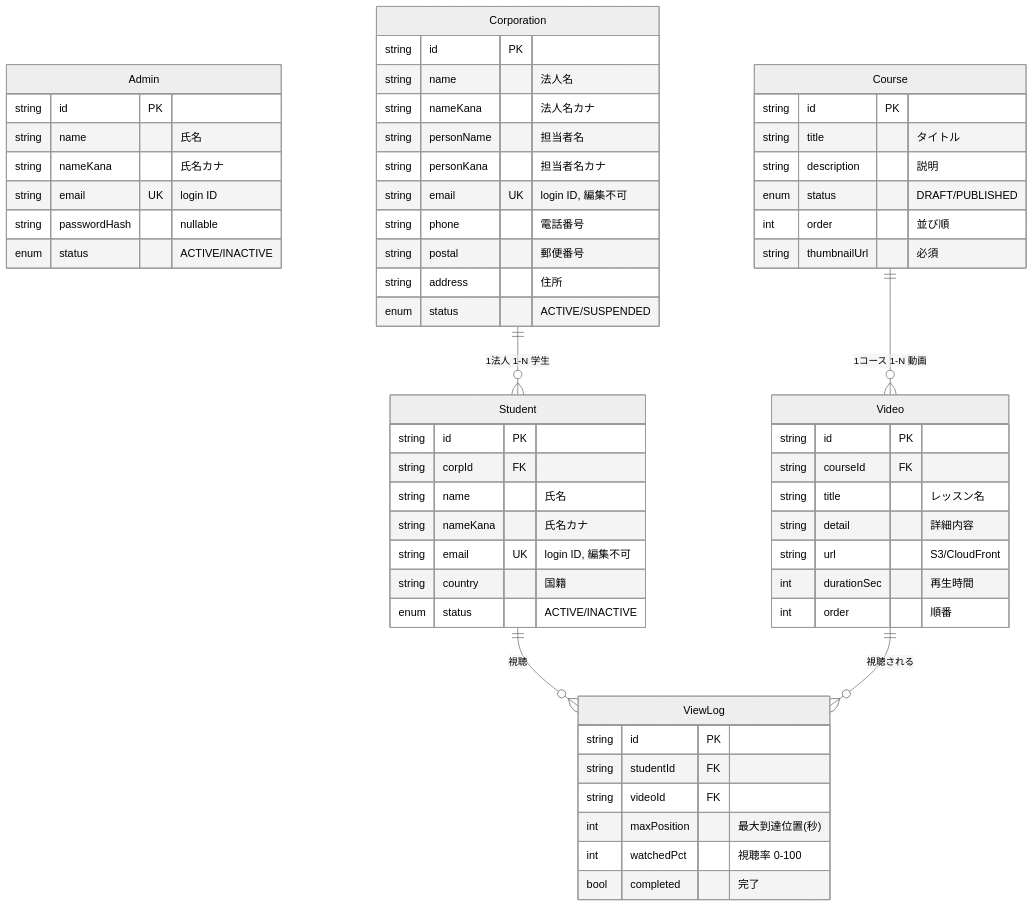
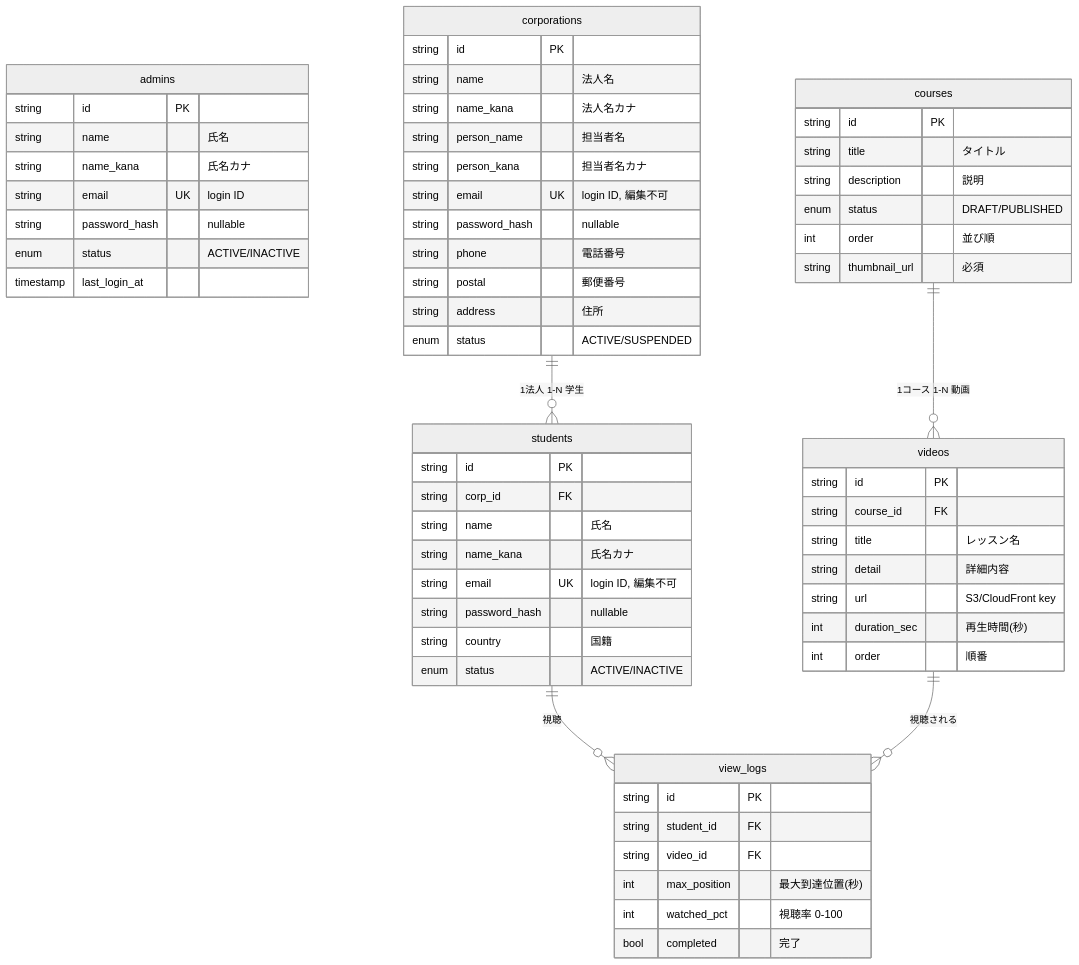
One commit to Hanq97/ascare_lms changed the diagram in docs/DATA_MODEL.md. Above: the diagram before and after it, drawn with Mermaid (neutral theme). The commit also changed other lines of this file, not shown here.

Commit message:
docs: update ER diagram to snake_case columns (match DB convention)

````diff
--- a/docs/DATA_MODEL.md
+++ b/docs/DATA_MODEL.md
@@ -9,62 +9,65 @@
 ```mermaid
 erDiagram
-    Admin {
+    admins {
         string id PK
         string name "氏名"
-        string nameKana "氏名カナ"
+        string name_kana "氏名カナ"
         string email UK "login ID"
-        string passwordHash "nullable"
+        string password_hash "nullable"
         enum   status "ACTIVE/INACTIVE"
+        timestamp last_login_at
     }
-    Corporation {
+    corporations {
         string id PK
         string name "法人名"
-        string nameKana "法人名カナ"
-        string personName "担当者名"
-        string personKana "担当者名カナ"
+        string name_kana "法人名カナ"
+        string person_name "担当者名"
+        string person_kana "担当者名カナ"
         string email UK "login ID, 編集不可"
+        string password_hash "nullable"
         string phone "電話番号"
         string postal "郵便番号"
         string address "住所"
         enum   status "ACTIVE/SUSPENDED"
     }
-    Student {
+    students {
         string id PK
-        string corpId FK
+        string corp_id FK
         string name "氏名"
-        string nameKana "氏名カナ"
+        string name_kana "氏名カナ"
         string email UK "login ID, 編集不可"
+        string password_hash "nullable"
         string country "国籍"
         enum   status "ACTIVE/INACTIVE"
     }
-    Course {
+    courses {
         string id PK
         string title "タイトル"
         string description "説明"
         enum   status "DRAFT/PUBLISHED"
         int    order "並び順"
-        string thumbnailUrl "必須"
+        string thumbnail_url "必須"
     }
-    Video {
+    videos {
         string id PK
-        string courseId FK
+        string course_id FK
         string title "レッスン名"
         string detail "詳細内容"
-        string url "S3/CloudFront"
-        int    durationSec "再生時間"
+        string url "S3/CloudFront key"
+        int    duration_sec "再生時間(秒)"
         int    order "順番"
     }
-    ViewLog {
+    view_logs {
         string id PK
-        string studentId FK
-        string videoId FK
-        int    maxPosition "最大到達位置(秒)"
-        int    watchedPct "視聴率 0-100"
+        string student_id FK
+        string video_id FK
+        int    max_position "最大到達位置(秒)"
+        int    watched_pct "視聴率 0-100"
         bool   completed "完了"
     }
 
-    Corporation ||--o{ Student : "1法人 1-N 学生"
-    Course      ||--o{ Video   : "1コース 1-N 動画"
-    Student     ||--o{ ViewLog : "視聴"
-    Video       ||--o{ ViewLog : "視聴される"
+    corporations ||--o{ students  : "1法人 1-N 学生"
+    courses      ||--o{ videos    : "1コース 1-N 動画"
+    students     ||--o{ view_logs : "視聴"
+    videos       ||--o{ view_logs : "視聴される"
 ```
````
